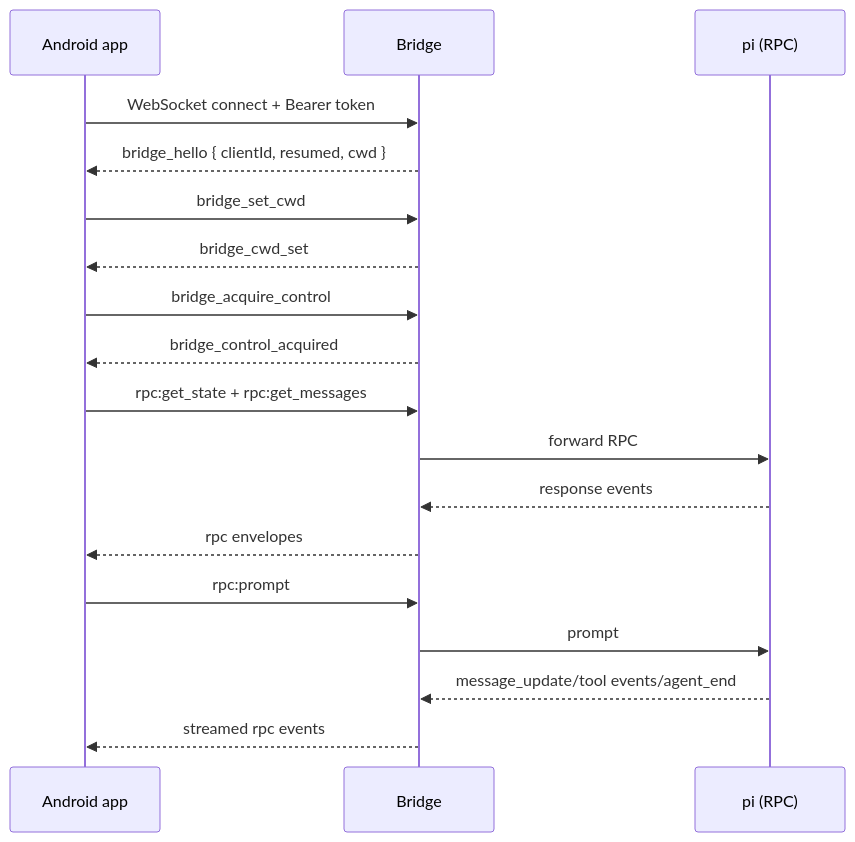
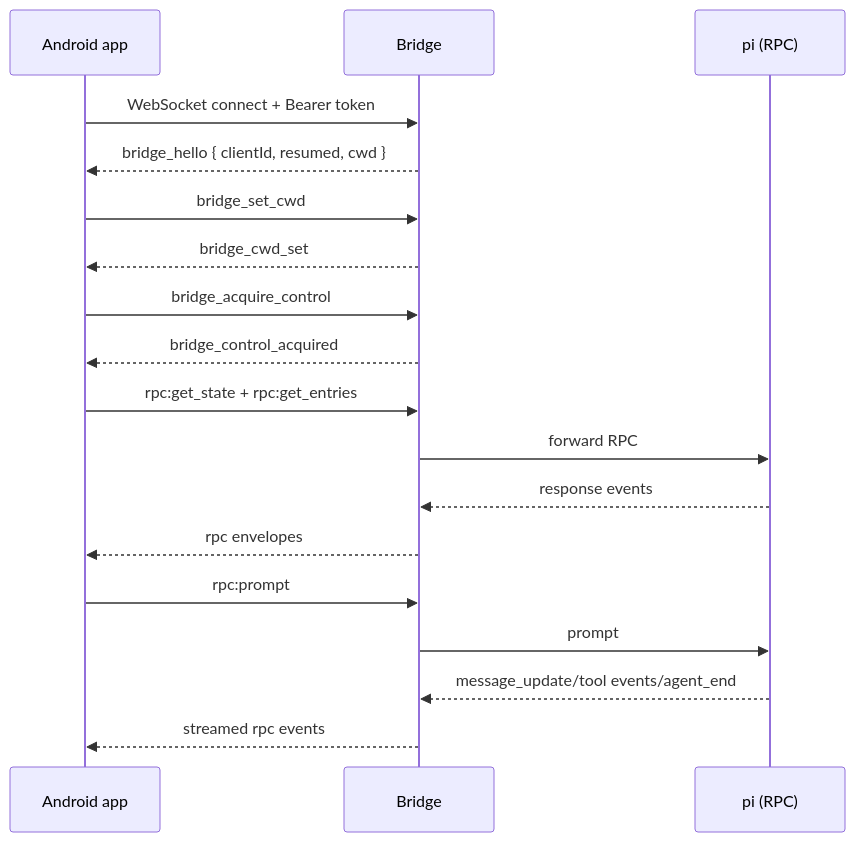
Before and after one commit to GuoZhenKuang/pipilot: the second of 5 diagrams in docs/architecture.md, drawn with Mermaid. The commit also changed other lines of this file and 7 other files, not shown here.

````diff
--- a/docs/architecture.md
+++ b/docs/architecture.md
@@ -49,23 +49,23 @@
 ```mermaid
 sequenceDiagram
     participant A as Android app
     participant B as Bridge
     participant P as pi (RPC)
 
     A->>B: WebSocket connect + Bearer token
     B-->>A: bridge_hello { clientId, resumed, cwd }
     A->>B: bridge_set_cwd
     B-->>A: bridge_cwd_set
     A->>B: bridge_acquire_control
     B-->>A: bridge_control_acquired
 
-    A->>B: rpc:get_state + rpc:get_messages
+    A->>B: rpc:get_state + rpc:get_entries
     B->>P: forward RPC
     P-->>B: response events
     B-->>A: rpc envelopes
 
     A->>B: rpc:prompt
     B->>P: prompt
     P-->>B: message_update/tool events/agent_end
     B-->>A: streamed rpc events
 ```
````
